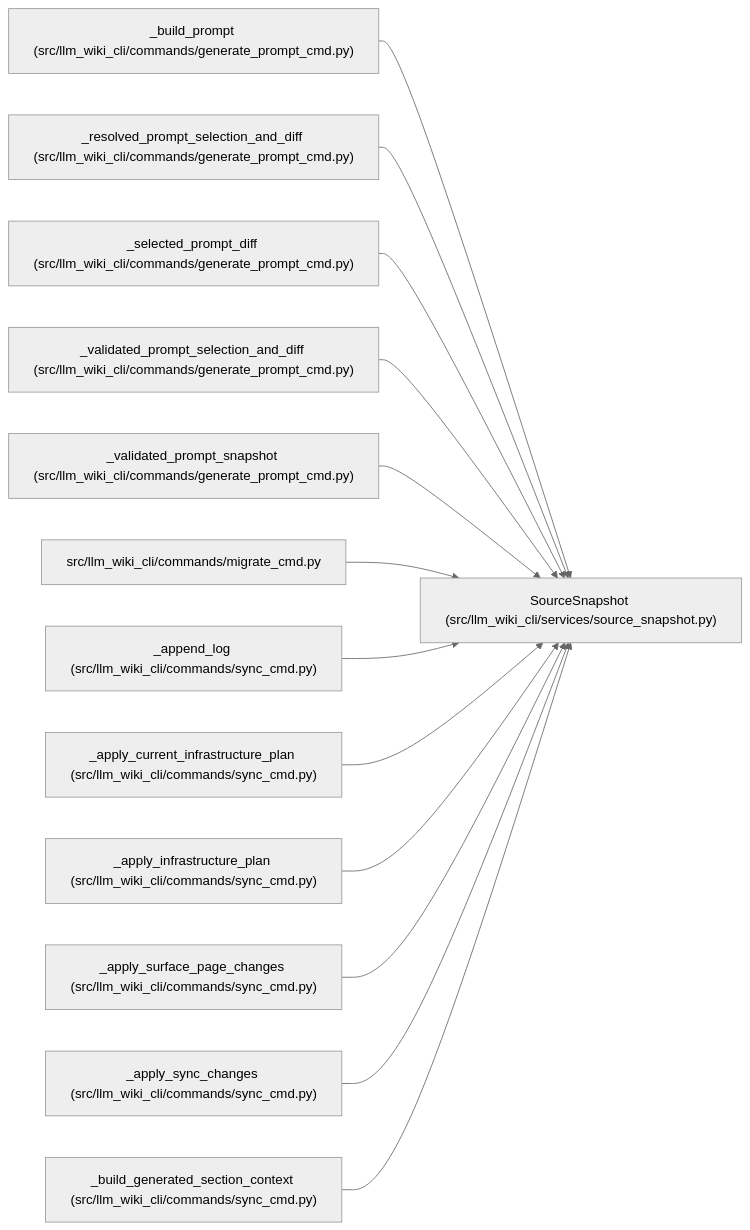
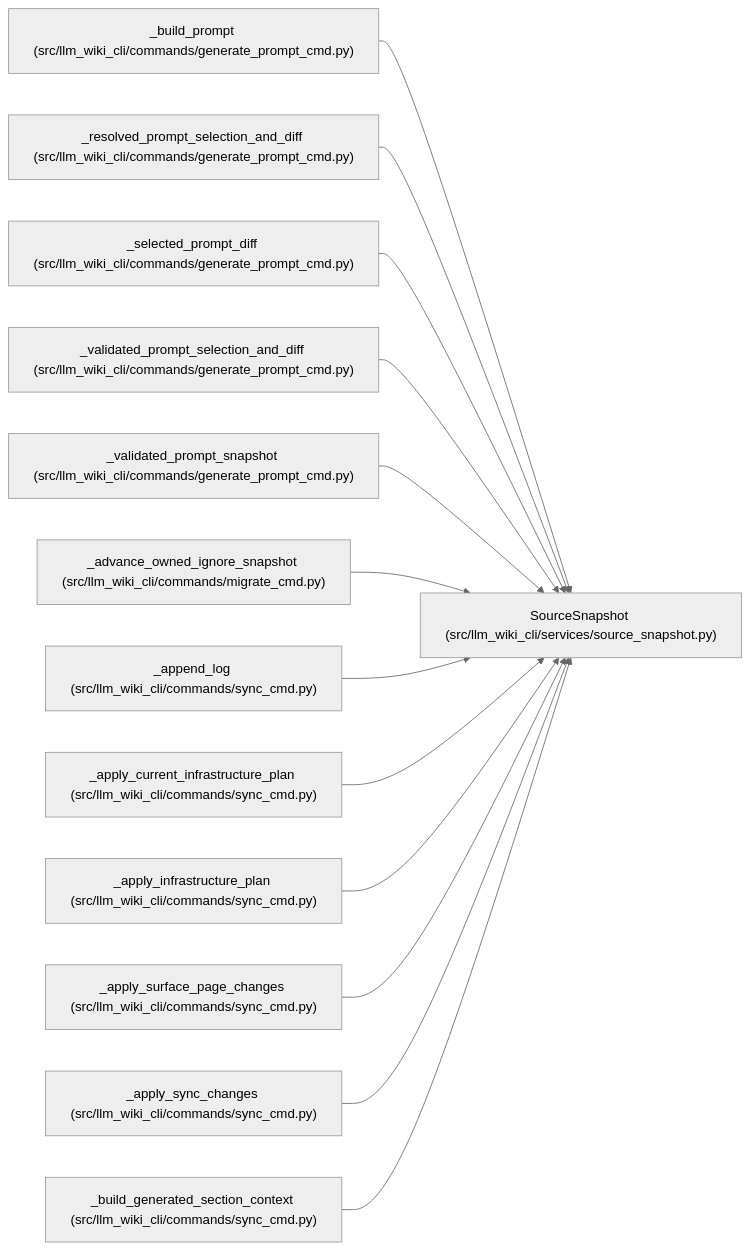
The diagram in docs/llm_wiki/entities/SourceSnapshot.md (Denissvgn/python-wiki-llm), drawn with Mermaid (neutral theme) before and after one commit. The commit also changed other lines of this file and 268 other files, not shown here.

````diff
--- a/docs/llm_wiki/entities/SourceSnapshot.md
+++ b/docs/llm_wiki/entities/SourceSnapshot.md
@@ -62,41 +62,41 @@
 ```mermaid
 flowchart LR
     n0["SourceSnapshot (src/llm_wiki_cli/services/source_snapshot.py)"]
     n1["_build_prompt (src/llm_wiki_cli/commands/generate_prompt_cmd.py)"]
     n2["_resolved_prompt_selection_and_diff (src/llm_wiki_cli/commands/generate_prompt_cmd.py)"]
     n3["_selected_prompt_diff (src/llm_wiki_cli/commands/generate_prompt_cmd.py)"]
     n4["_validated_prompt_selection_and_diff (src/llm_wiki_cli/commands/generate_prompt_cmd.py)"]
     n5["_validated_prompt_snapshot (src/llm_wiki_cli/commands/generate_prompt_cmd.py)"]
-    n6["src/llm_wiki_cli/commands/migrate_cmd.py"]
+    n6["_advance_owned_ignore_snapshot (src/llm_wiki_cli/commands/migrate_cmd.py)"]
     n7["_append_log (src/llm_wiki_cli/commands/sync_cmd.py)"]
     n8["_apply_current_infrastructure_plan (src/llm_wiki_cli/commands/sync_cmd.py)"]
     n9["_apply_infrastructure_plan (src/llm_wiki_cli/commands/sync_cmd.py)"]
     n10["_apply_surface_page_changes (src/llm_wiki_cli/commands/sync_cmd.py)"]
     n11["_apply_sync_changes (src/llm_wiki_cli/commands/sync_cmd.py)"]
     n12["_build_generated_section_context (src/llm_wiki_cli/commands/sync_cmd.py)"]
     n1 --> n0
     n2 --> n0
     n3 --> n0
     n4 --> n0
     n5 --> n0
     n6 --> n0
     n7 --> n0
     n8 --> n0
     n9 --> n0
     n10 --> n0
     n11 --> n0
     n12 --> n0
     click n0 "../modules/source_snapshot.md"
     click n1 "../modules/generate_prompt_cmd.md"
     click n2 "../modules/generate_prompt_cmd.md"
     click n3 "../modules/generate_prompt_cmd.md"
     click n4 "../modules/generate_prompt_cmd.md"
     click n5 "../modules/generate_prompt_cmd.md"
     click n6 "../modules/migrate_cmd.md"
     click n7 "../modules/sync_cmd.md"
     click n8 "../modules/sync_cmd.md"
     click n9 "../modules/sync_cmd.md"
     click n10 "../modules/sync_cmd.md"
     click n11 "../modules/sync_cmd.md"
     click n12 "../modules/sync_cmd.md"
 ```
````
